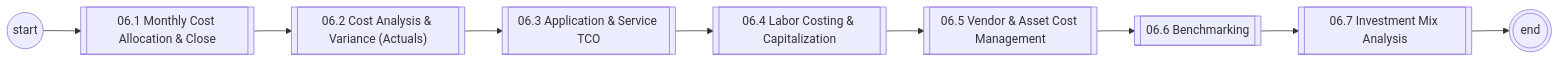
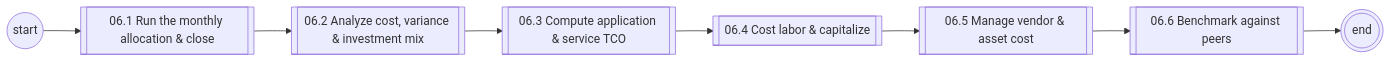
The first of 7 diagrams in diagrams/mermaid/area-06.md (corbyjames/apptio-process-catalog), drawn with Mermaid before and after one commit. The commit also changed other lines of this file and 251 other files, not shown here.

````diff
--- a/diagrams/mermaid/area-06.md
+++ b/diagrams/mermaid/area-06.md
@@ -7,19 +7,17 @@
 ```mermaid
 flowchart LR
   S((start))
-  N06_1[["06.1 Monthly Cost Allocation & Close"]]
+  N06_1[["06.1 Run the monthly allocation & close"]]
   S --> N06_1
-  N06_2[["06.2 Cost Analysis & Variance (Actuals)"]]
+  N06_2[["06.2 Analyze cost, variance & investment mix"]]
   N06_1 --> N06_2
-  N06_3[["06.3 Application & Service TCO"]]
+  N06_3[["06.3 Compute application & service TCO"]]
   N06_2 --> N06_3
-  N06_4[["06.4 Labor Costing & Capitalization"]]
+  N06_4[["06.4 Cost labor & capitalize"]]
   N06_3 --> N06_4
-  N06_5[["06.5 Vendor & Asset Cost Management"]]
+  N06_5[["06.5 Manage vendor & asset cost"]]
   N06_4 --> N06_5
-  N06_6[["06.6 Benchmarking"]]
+  N06_6[["06.6 Benchmark against peers"]]
   N06_5 --> N06_6
-  N06_7[["06.7 Investment Mix Analysis"]]
-  N06_6 --> N06_7
-  N06_7 --> E(((end)))
+  N06_6 --> E(((end)))
 ```
````
